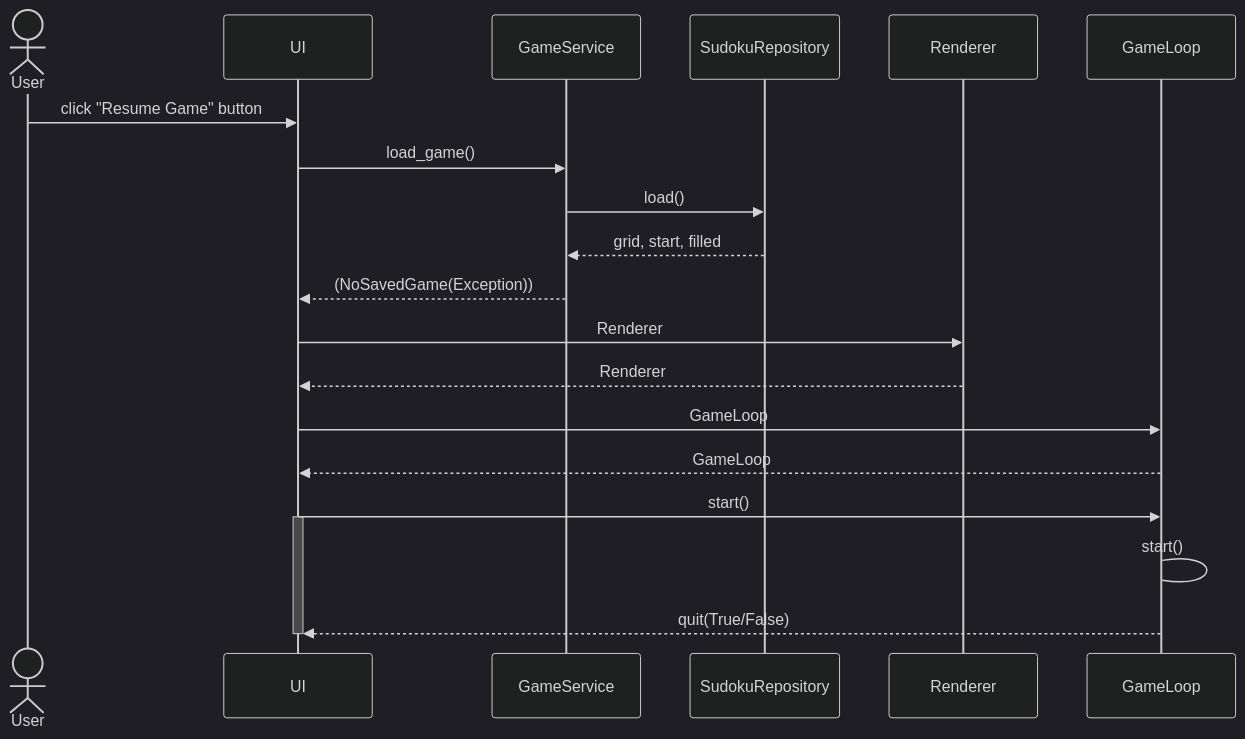
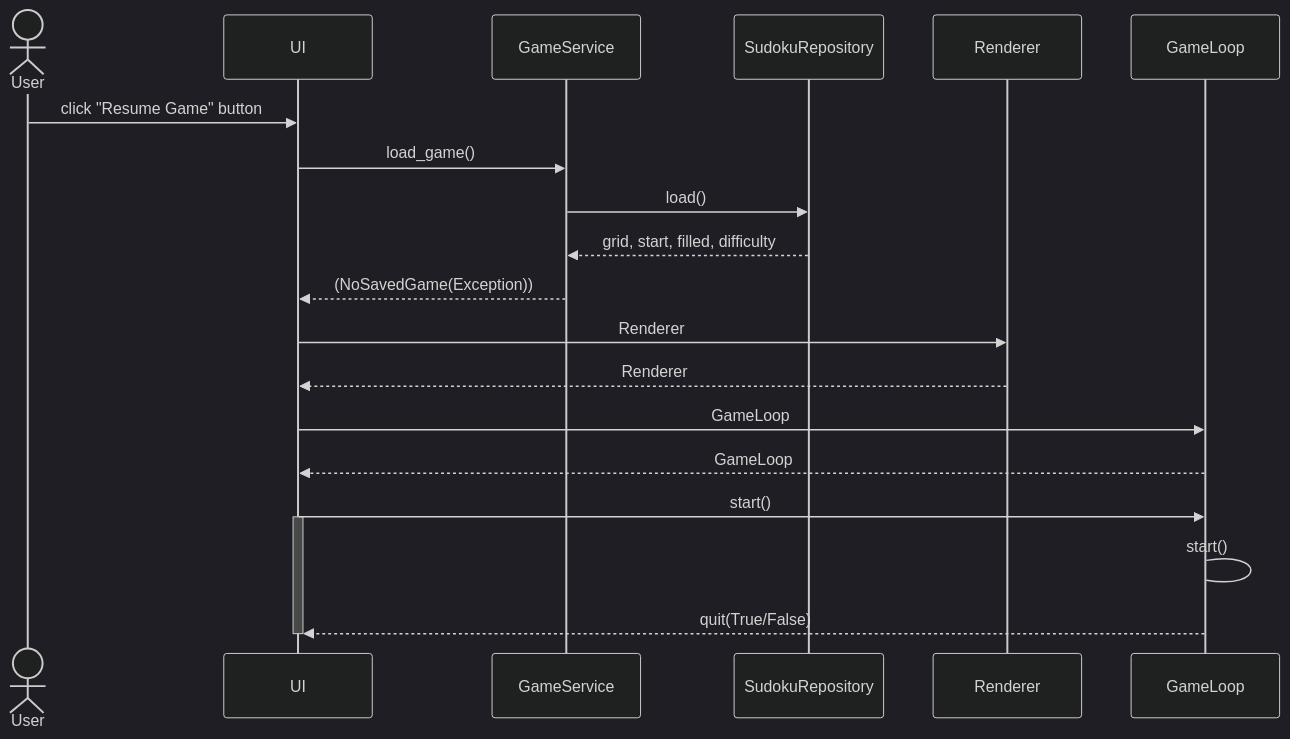
One commit to nikomakir/ot-harjoitustyo changed the third of 4 diagrams in dokumentaatio/arkkitehtuuri.md. Above: the diagram before and after it, drawn with Mermaid (dark theme). The commit also changed other lines of this file, not shown here.

````diff
--- a/dokumentaatio/arkkitehtuuri.md
+++ b/dokumentaatio/arkkitehtuuri.md
@@ -88,19 +94,19 @@
 ```mermaid
  sequenceDiagram
    actor User
    User->>UI: click "Resume Game" button
    UI->>GameService: load_game()
    GameService->>SudokuRepository: load()
-   SudokuRepository-->>GameService: grid, start, filled
+   SudokuRepository-->>GameService: grid, start, filled, difficulty
    GameService-->>UI: (NoSavedGame(Exception))
    UI->>Renderer: Renderer
    Renderer-->>UI: Renderer
    UI->>GameLoop: GameLoop
    GameLoop-->>UI: GameLoop
    UI->>GameLoop: start()
    activate UI
    GameLoop->GameLoop: start()
    GameLoop-->>UI: quit(True/False)
    deactivate UI
      
 ```   
````
